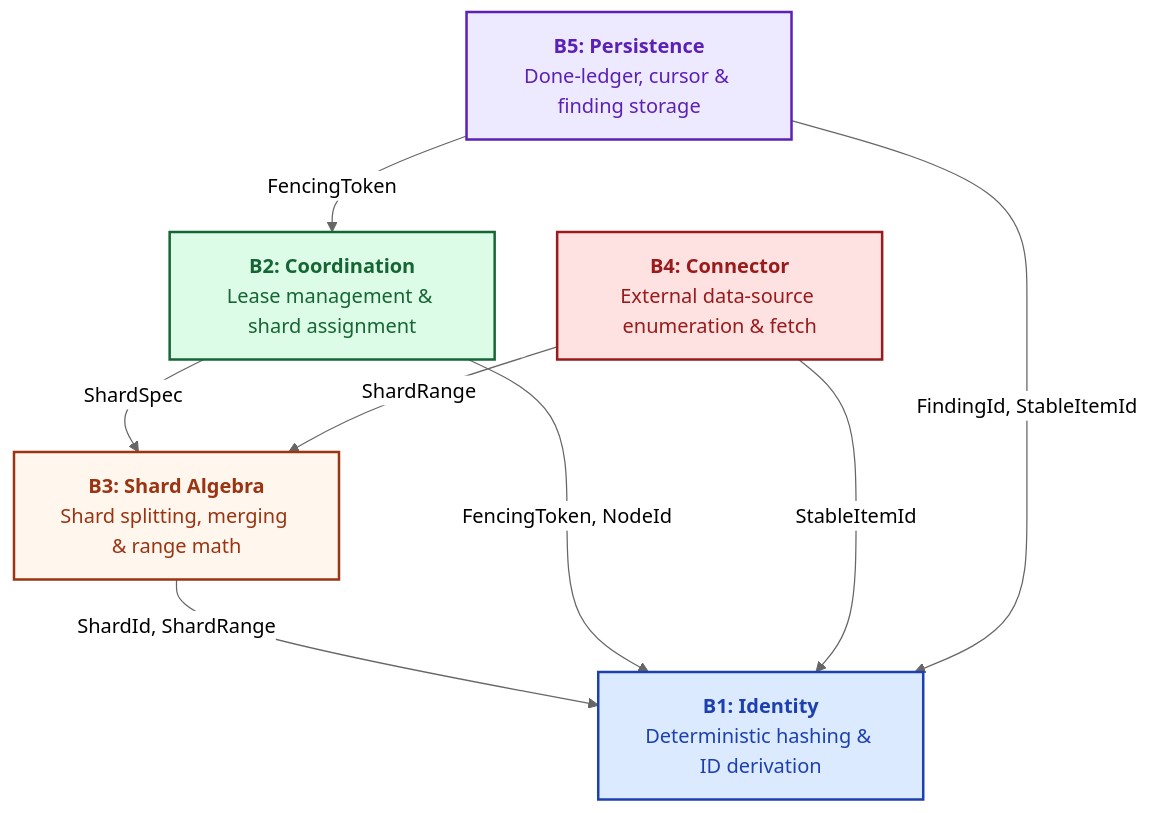
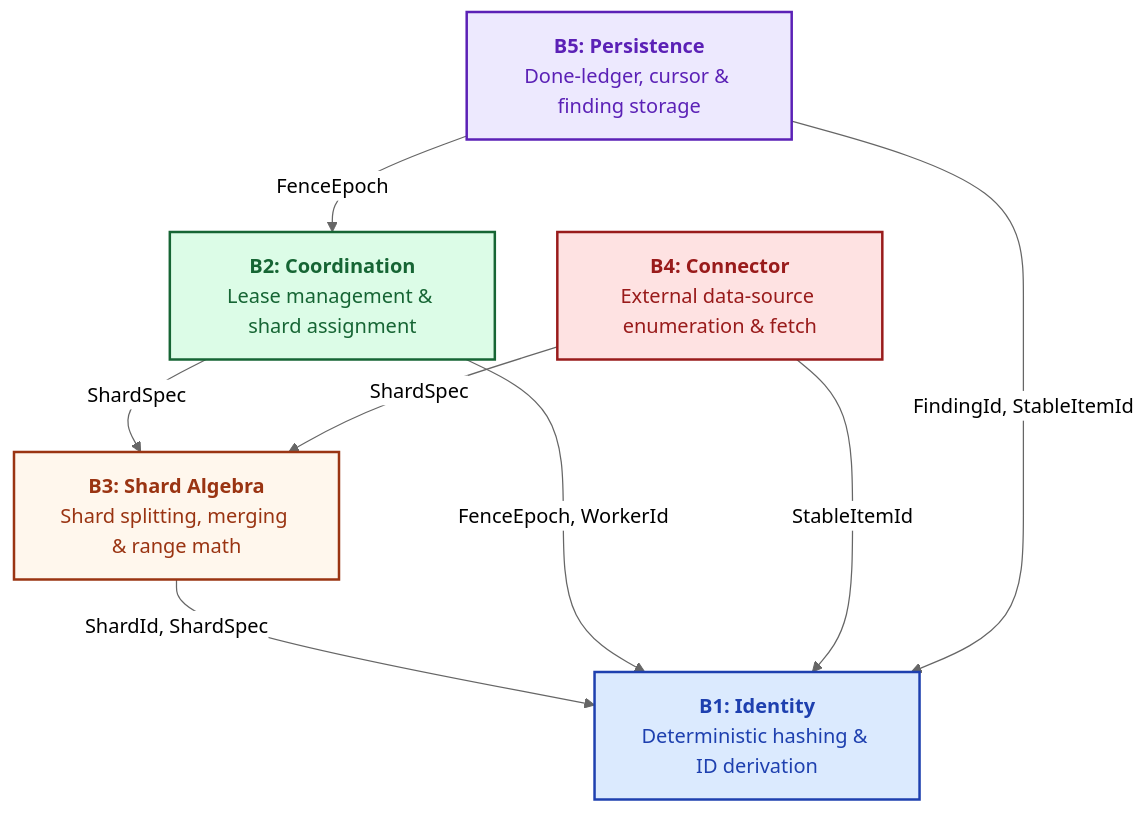
Before and after one commit to ahrav/Gossip-rs: the first of 4 diagrams in diagrams/01-system-overview.md, drawn with Mermaid (neutral theme). The commit also changed other lines of this file and 8 other files, not shown here.

````diff
--- a/diagrams/01-system-overview.md
+++ b/diagrams/01-system-overview.md
@@ -38,23 +38,23 @@
 ```mermaid
 %% Diagram: five-boundary-architecture
 graph TD
     B1["<b>B1: Identity</b><br/>Deterministic hashing &amp; ID derivation"]
     B3["<b>B3: Shard Algebra</b><br/>Shard splitting, merging &amp; range math"]
     B2["<b>B2: Coordination</b><br/>Lease management &amp; shard assignment"]
     B4["<b>B4: Connector</b><br/>External data-source enumeration &amp; fetch"]
     B5["<b>B5: Persistence</b><br/>Done-ledger, cursor &amp; finding storage"]
 
-    B3 -->|"ShardId, ShardRange"| B1
-    B2 -->|"FencingToken, NodeId"| B1
+    B3 -->|"ShardId, ShardSpec"| B1
+    B2 -->|"FenceEpoch, WorkerId"| B1
     B2 -->|"ShardSpec"| B3
     B4 -->|"StableItemId"| B1
-    B4 -->|"ShardRange"| B3
+    B4 -->|"ShardSpec"| B3
     B5 -->|"FindingId, StableItemId"| B1
-    B5 -->|"FencingToken"| B2
+    B5 -->|"FenceEpoch"| B2
 
     style B1 fill:#DBEAFE,stroke:#1E40AF,stroke-width:2px,color:#1E40AF
     style B2 fill:#DCFCE7,stroke:#166534,stroke-width:2px,color:#166534
     style B3 fill:#FFF7ED,stroke:#9A3412,stroke-width:2px,color:#9A3412
     style B4 fill:#FEE2E2,stroke:#991B1B,stroke-width:2px,color:#991B1B
     style B5 fill:#EDE9FE,stroke:#5B21B6,stroke-width:2px,color:#5B21B6
 ```
````
